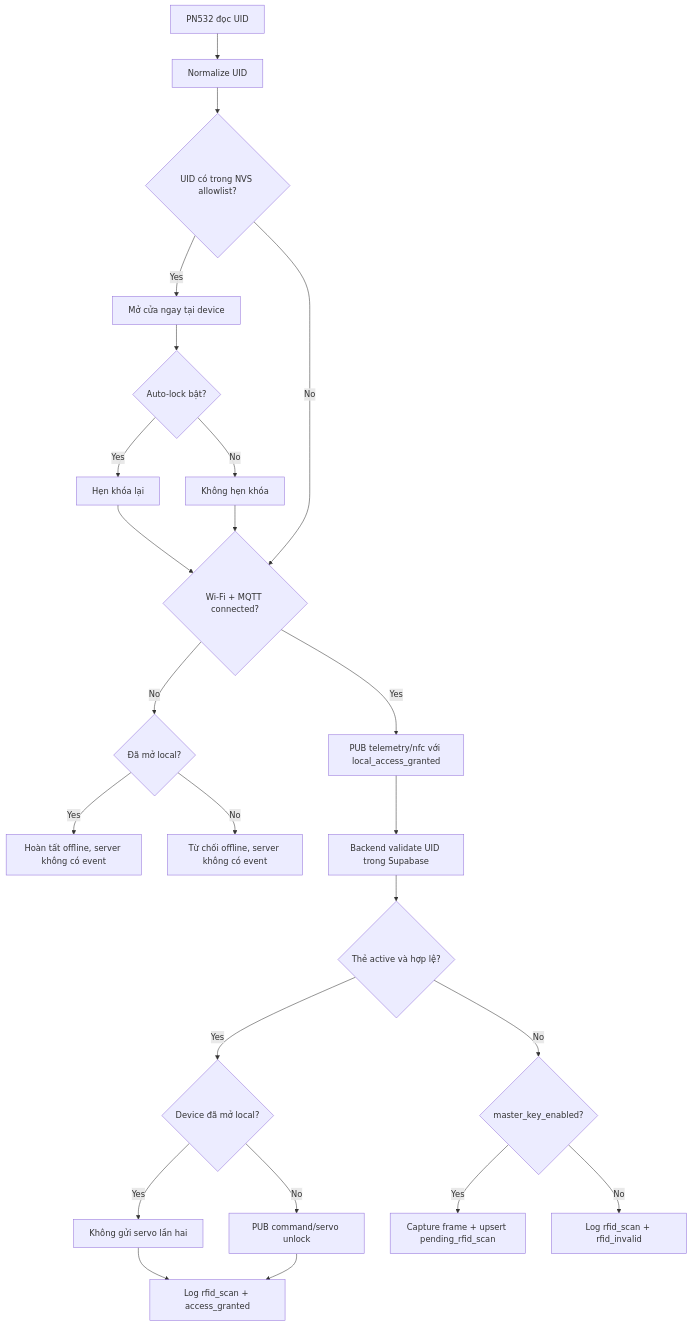
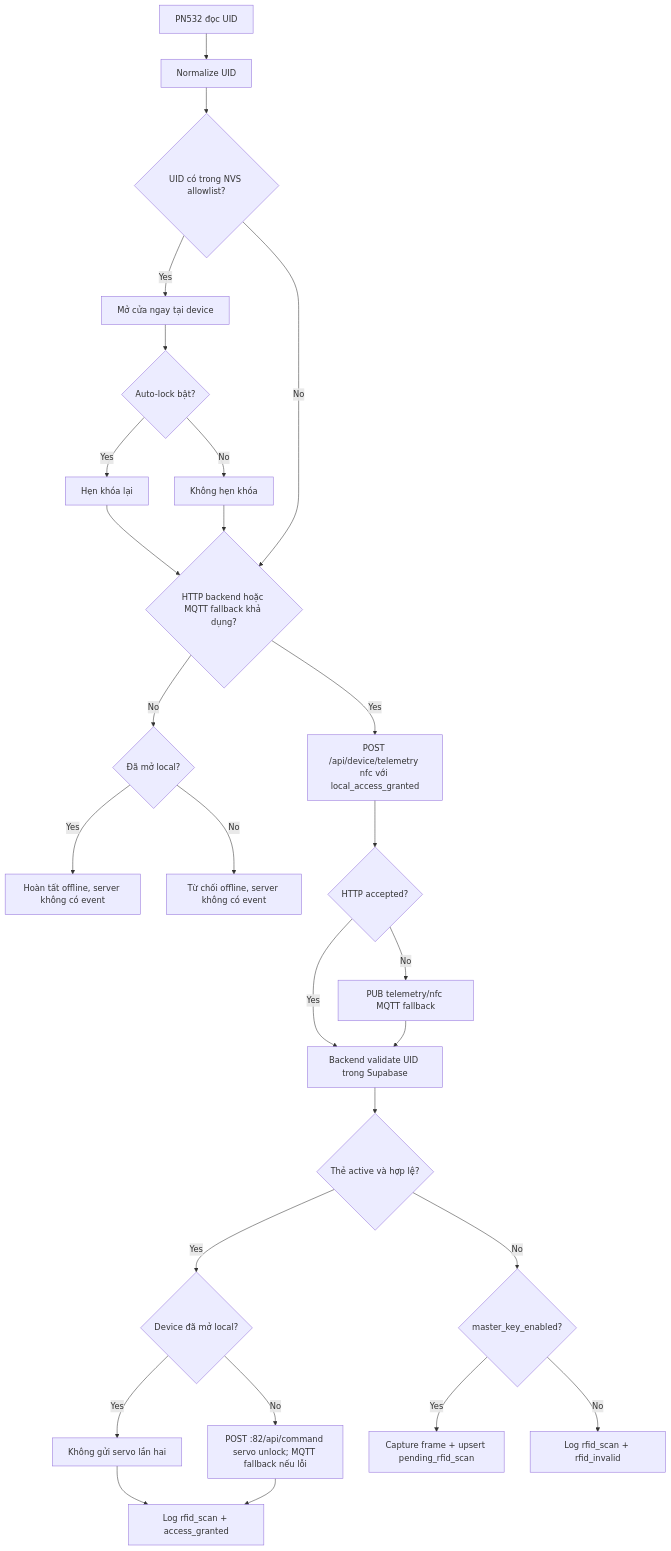
The eighth of 17 diagrams in docs/EDGEGUARD_FLOWS.md (ntntran09/EdgeGuard), drawn with Mermaid before and after one commit. The commit also changed other lines of this file, not shown here.

Commit message:
docs: update EdgeGuard HTTP flows

````diff
--- a/docs/EDGEGUARD_FLOWS.md
+++ b/docs/EDGEGUARD_FLOWS.md
@@ -319,30 +356,33 @@
 ```mermaid
 flowchart TD
     A[PN532 đọc UID] --> B[Normalize UID]
     B --> C{UID có trong NVS allowlist?}
 
     C -- Yes --> D[Mở cửa ngay tại device]
     D --> E{Auto-lock bật?}
     E -- Yes --> F[Hẹn khóa lại]
     E -- No --> G[Không hẹn khóa]
-    F --> H{Wi-Fi + MQTT connected?}
+    F --> H{HTTP backend hoặc MQTT fallback khả dụng?}
     G --> H
 
     C -- No --> H
     H -- No --> I{Đã mở local?}
     I -- Yes --> J[Hoàn tất offline, server không có event]
     I -- No --> K[Từ chối offline, server không có event]
 
-    H -- Yes --> L[PUB telemetry/nfc với local_access_granted]
-    L --> M[Backend validate UID trong Supabase]
+    H -- Yes --> L[POST /api/device/telemetry nfc với local_access_granted]
+    L --> L2{HTTP accepted?}
+    L2 -- No --> L3[PUB telemetry/nfc MQTT fallback]
+    L2 -- Yes --> M[Backend validate UID trong Supabase]
+    L3 --> M
     M --> N{Thẻ active và hợp lệ?}
     N -- Yes --> O{Device đã mở local?}
     O -- Yes --> P[Không gửi servo lần hai]
-    O -- No --> Q[PUB command/servo unlock]
+    O -- No --> Q[POST :82/api/command servo unlock; MQTT fallback nếu lỗi]
     P --> R[Log rfid_scan + access_granted]
     Q --> R
 
     N -- No --> S{master_key_enabled?}
     S -- Yes --> T[Capture frame + upsert pending_rfid_scan]
     S -- No --> U[Log rfid_scan + rfid_invalid]
 ```
````
